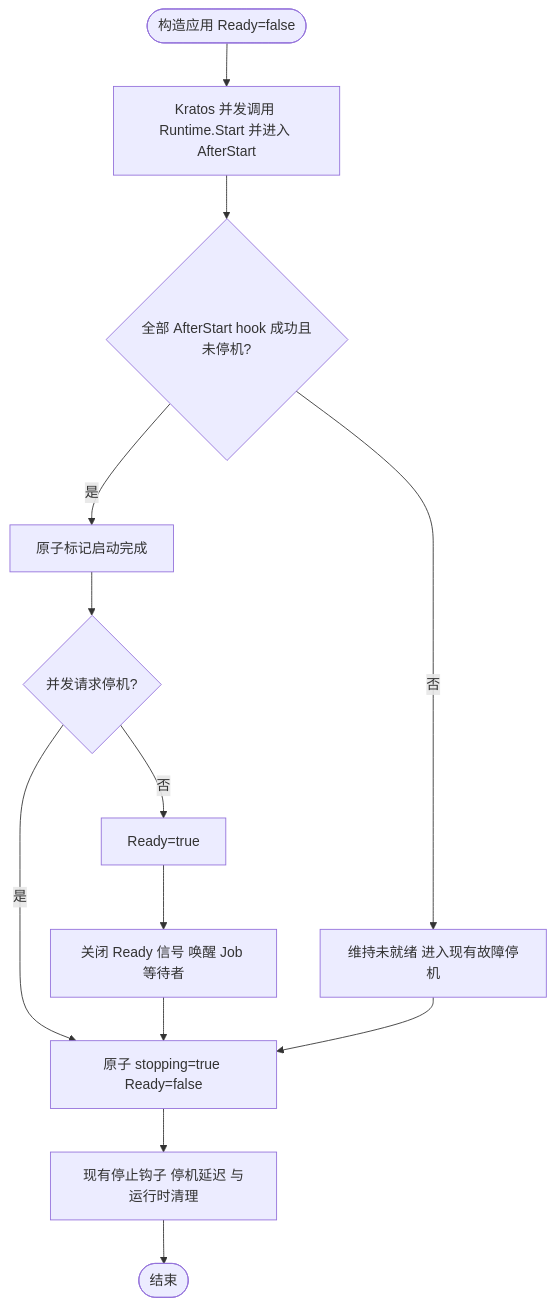
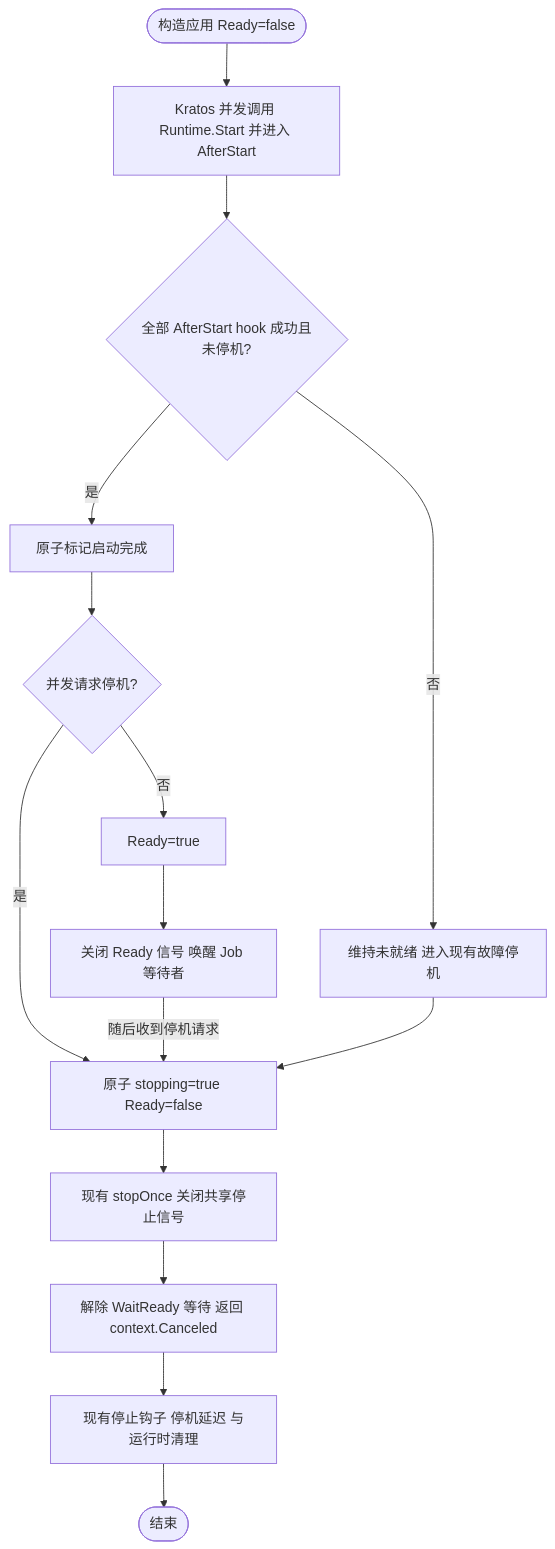
Diagram 11 of 12 in pkg/app/README.md (jaggerzhuang1994/kratos-foundation), drawn with Mermaid before and after one commit. The commit also changed other lines of this file and 204 other files, not shown here.

````diff
--- a/pkg/app/README.md
+++ b/pkg/app/README.md
@@ -218,15 +301,17 @@
 ```mermaid
 flowchart TD
     A([构造应用 Ready=false]) --> B[Kratos 并发调用 Runtime.Start 并进入 AfterStart]
     B --> C{全部 AfterStart hook 成功且未停机?}
     C -- 否 --> D[维持未就绪 进入现有故障停机]
     C -- 是 --> E[原子标记启动完成]
     E --> F{并发请求停机?}
     F -- 否 --> G[Ready=true]
     G --> K[关闭 Ready 信号 唤醒 Job 等待者]
     F -- 是 --> H[原子 stopping=true Ready=false]
-    K --> H
+    K -- 随后收到停机请求 --> H
     D --> H
-    H --> I[现有停止钩子 停机延迟 与运行时清理]
+    H --> H1[现有 stopOnce 关闭共享停止信号]
+    H1 --> H2[解除 WaitReady 等待 返回 context.Canceled]
+    H2 --> I[现有停止钩子 停机延迟 与运行时清理]
     I --> J([结束])
 ```
````
